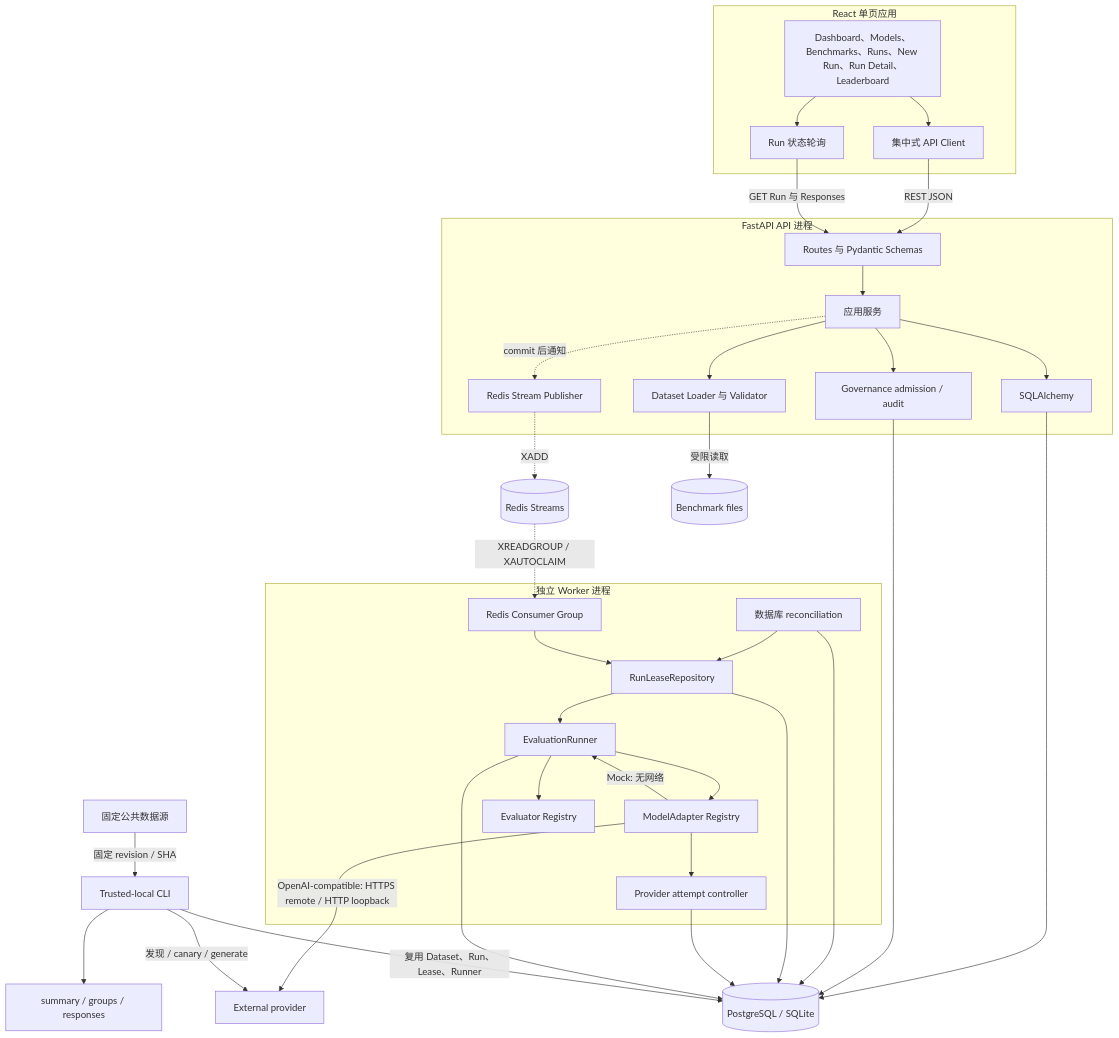
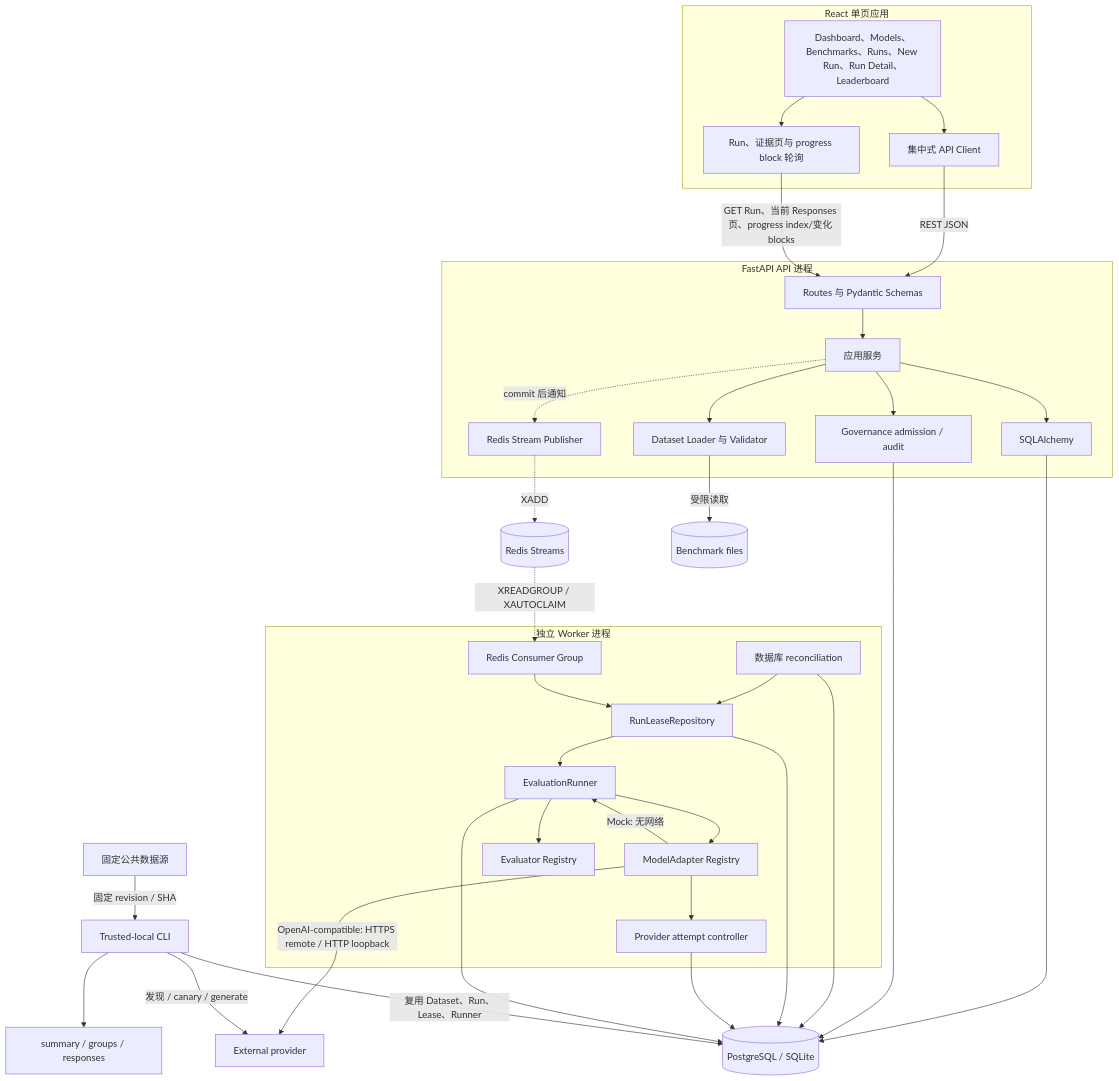
Before and after one commit to CWNU-Open-Source-Community/LLMBenchLab: the second of 7 diagrams in docs/ARCHITECTURE.md, drawn with Mermaid. The commit also changed other lines of this file and 27 other files, not shown here.

Commit message:
feat: add live run progress heatmap

````diff
--- a/docs/ARCHITECTURE.md
+++ b/docs/ARCHITECTURE.md
@@ -61,65 +61,65 @@
 ```mermaid
 flowchart TB
     subgraph FE[React 单页应用]
         Pages[Dashboard、Models、Benchmarks、Runs、New Run、Run Detail、Leaderboard]
         Client[集中式 API Client]
-        Poller[Run 状态轮询]
+        Poller[Run、证据页与 progress block 轮询]
         Pages --> Client
         Pages --> Poller
     end
 
     subgraph APIProcess[FastAPI API 进程]
         Routes[Routes 与 Pydantic Schemas]
         Services[应用服务]
         Governance[Governance admission / audit]
         Importer[Dataset Loader 与 Validator]
         QueuePublisher[Redis Stream Publisher]
         Routes --> Services
         Services --> Governance
         Services --> Importer
         Services --> APIRepo[SQLAlchemy]
         Services -.->|commit 后通知| QueuePublisher
     end
 
     subgraph WorkerProcess[独立 Worker 进程]
         Reconcile[数据库 reconciliation]
         QueueConsumer[Redis Consumer Group]
         LeaseRepo[RunLeaseRepository]
         AttemptLedger[Provider attempt controller]
         Runner[EvaluationRunner]
         Adapters[ModelAdapter Registry]
         Evaluators[Evaluator Registry]
         Reconcile --> LeaseRepo
         QueueConsumer --> LeaseRepo
         LeaseRepo --> Runner
         Runner --> Adapters
         Adapters --> AttemptLedger
         Runner --> Evaluators
     end
 
     DB[(PostgreSQL / SQLite)]
     Redis[(Redis Streams)]
     Files[(Benchmark files)]
     Provider[External provider]
     PinnedSources[固定公共数据源]
     LocalCLI[Trusted-local CLI]
     ReportFiles[summary / groups / responses]
 
     Client -->|REST JSON| Routes
-    Poller -->|GET Run 与 Responses| Routes
+    Poller -->|GET Run、当前 Responses 页、progress index/变化 blocks| Routes
     Importer -->|受限读取| Files
     APIRepo --> DB
     Governance --> DB
     QueuePublisher -. XADD .-> Redis
     Redis -. XREADGROUP / XAUTOCLAIM .-> QueueConsumer
     Reconcile --> DB
     LeaseRepo --> DB
     AttemptLedger --> DB
     Runner --> DB
     Adapters -->|Mock: 无网络| Runner
     Adapters -->|OpenAI-compatible: HTTPS remote / HTTP loopback| Provider
     PinnedSources -->|固定 revision / SHA| LocalCLI
     LocalCLI -->|复用 Dataset、Run、Lease、Runner| DB
     LocalCLI -->|发现 / canary / generate| Provider
     LocalCLI --> ReportFiles
 ```
````
